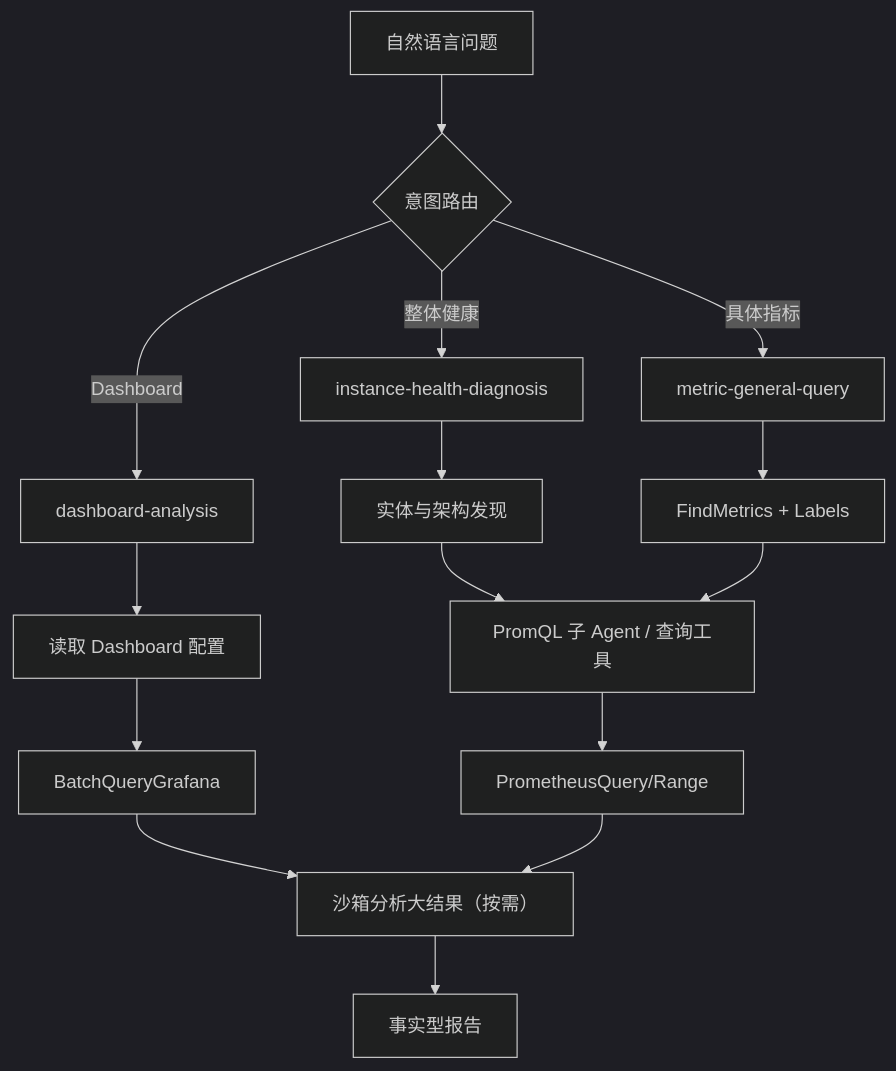
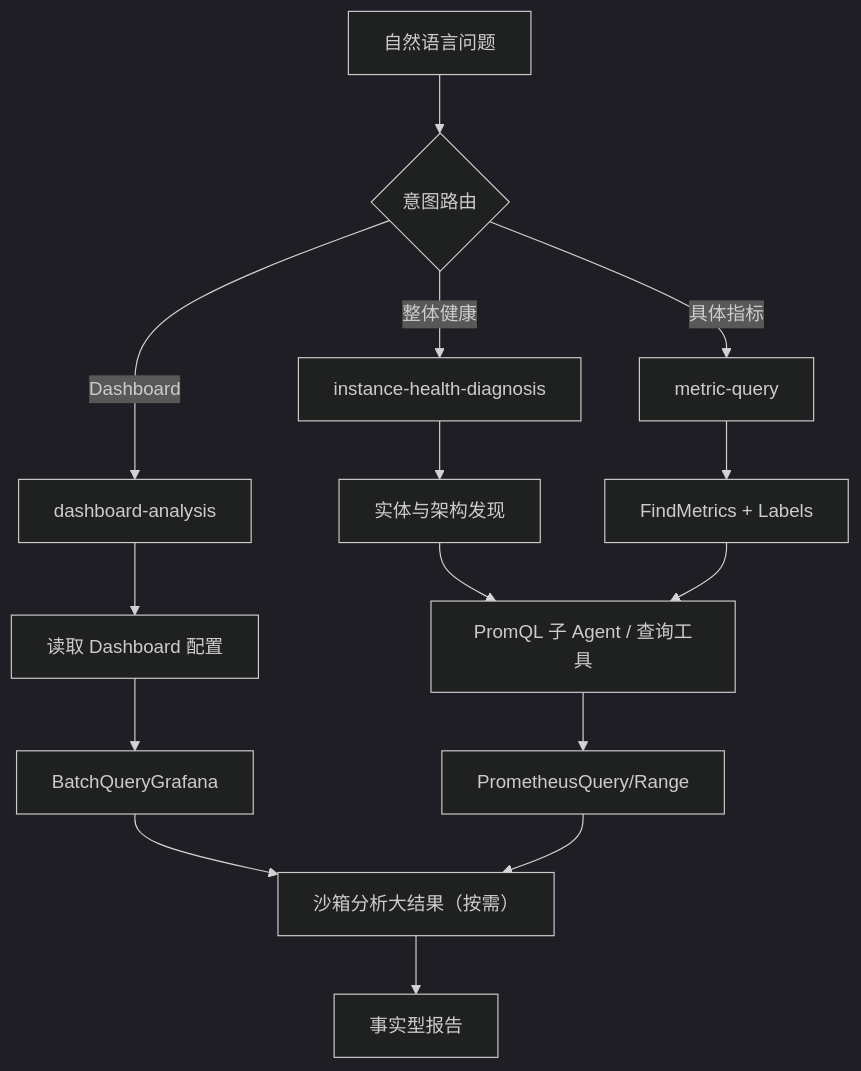
The third of 6 diagrams in 01-项目专题/03-TCUM-AI/02-场景案例/05-场景篇-总览与监控域.md (monksor111/interview), drawn with Mermaid (dark theme) before and after one commit. The commit also changed other lines of this file and 11 other files, not shown here.

````diff
--- a/01-项目专题/03-TCUM-AI/02-场景案例/05-场景篇-总览与监控域.md
+++ b/01-项目专题/03-TCUM-AI/02-场景案例/05-场景篇-总览与监控域.md
@@ -204,17 +219,17 @@
 ```mermaid
 flowchart TD
     Q["自然语言问题"] --> R{"意图路由"}
     R -->|整体健康| H["instance-health-diagnosis"]
     R -->|Dashboard| D["dashboard-analysis"]
-    R -->|具体指标| M["metric-general-query"]
+    R -->|具体指标| M["metric-query"]
     H --> E["实体与架构发现"]
     D --> G["读取 Dashboard 配置"]
     M --> F["FindMetrics + Labels"]
     E --> P["PromQL 子 Agent / 查询工具"]
     G --> B["BatchQueryGrafana"]
     F --> P
     P --> X["PrometheusQuery/Range"]
     B --> S["沙箱分析大结果（按需）"]
     X --> S
     S --> O["事实型报告"]
 ```
````
